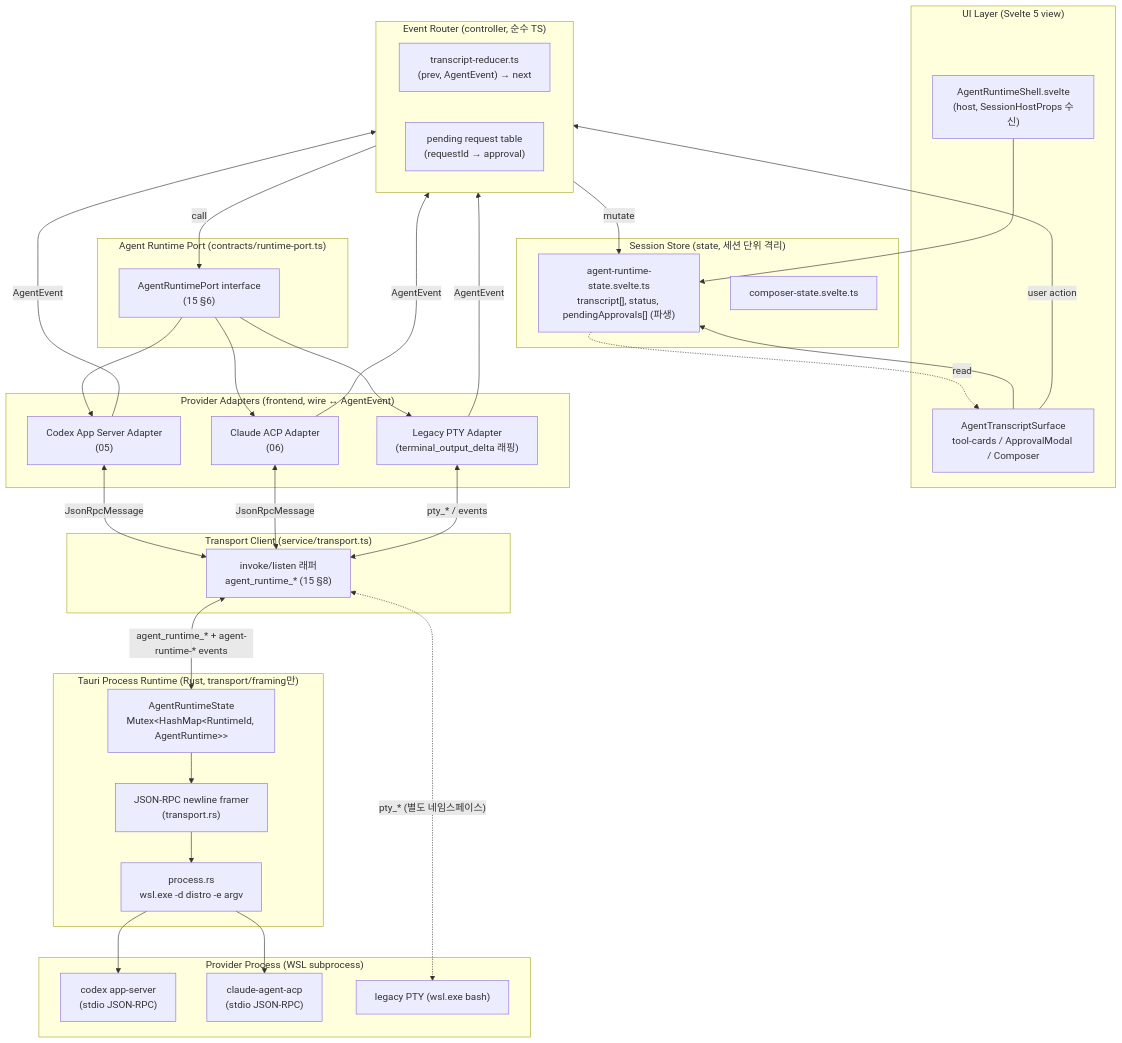
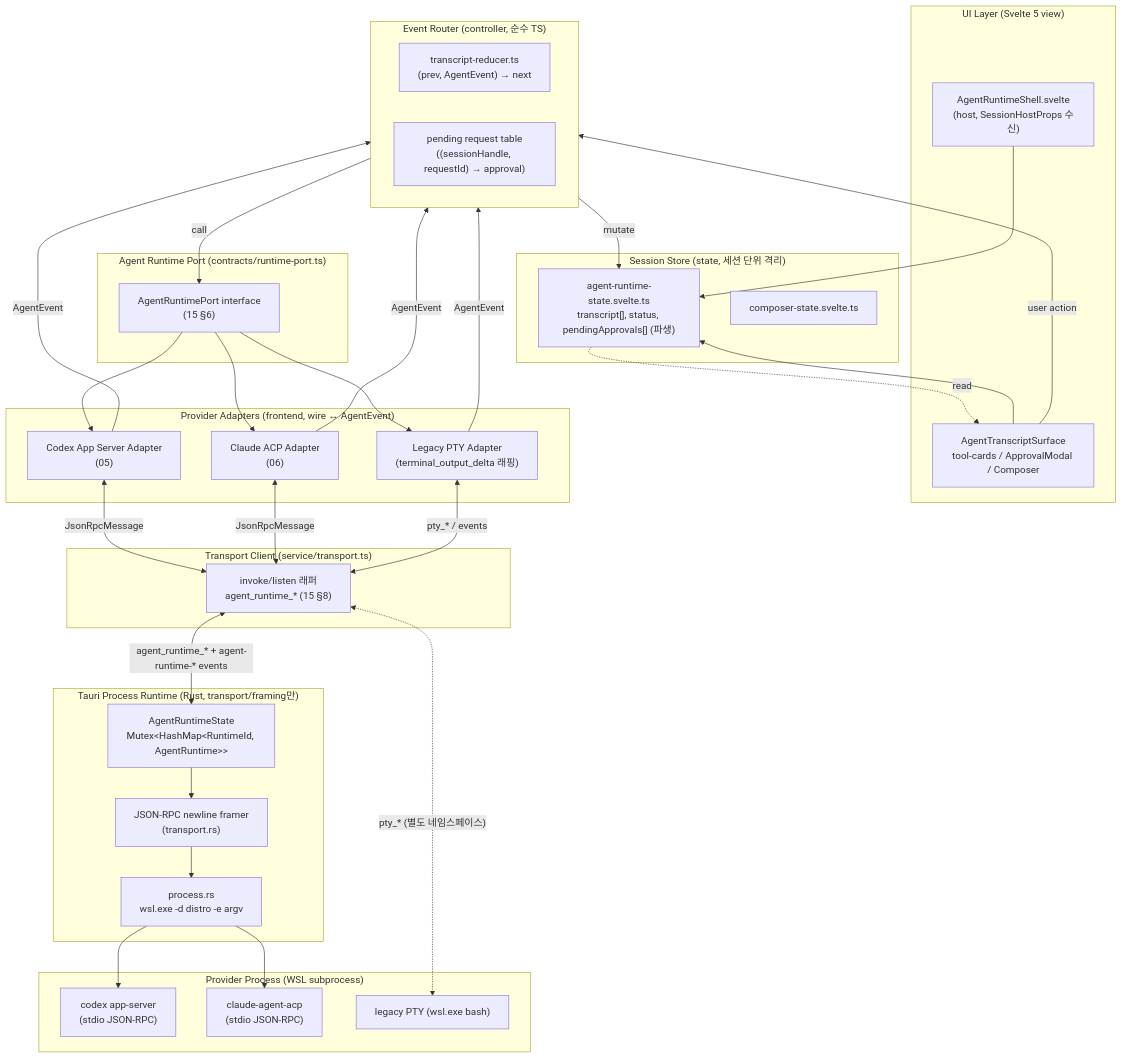
The diagram in docs/plans/agent-direct-runtime/03-target-architecture.md (ummoftgo/clcomx), drawn with Mermaid before and after one commit. The commit also changed other lines of this file and 10 other files, not shown here.

````diff
--- a/docs/plans/agent-direct-runtime/03-target-architecture.md
+++ b/docs/plans/agent-direct-runtime/03-target-architecture.md
@@ -28,65 +28,65 @@
 ```mermaid
 flowchart TB
   subgraph UI["UI Layer (Svelte 5 view)"]
     Shell["AgentRuntimeShell.svelte<br/>(host, SessionHostProps 수신)"]
     Transcript["AgentTranscriptSurface<br/>tool-cards / ApprovalModal / Composer"]
   end
 
   subgraph Store["Session Store (state, 세션 단위 격리)"]
     RtState["agent-runtime-state.svelte.ts<br/>transcript[], status, pendingApprovals[] (파생)"]
     Composer["composer-state.svelte.ts"]
   end
 
   subgraph Router["Event Router (controller, 순수 TS)"]
     Reducer["transcript-reducer.ts<br/>(prev, AgentEvent) → next"]
-    PendingTbl["pending request table<br/>(requestId → approval)"]
+    PendingTbl["pending request table<br/>((sessionHandle, requestId) → approval)"]
   end
 
   subgraph Port["Agent Runtime Port (contracts/runtime-port.ts)"]
     PortIf["AgentRuntimePort interface<br/>(15 §6)"]
   end
 
   subgraph Adapters["Provider Adapters (frontend, wire ↔ AgentEvent)"]
     CodexAd["Codex App Server Adapter<br/>(05)"]
     ClaudeAd["Claude ACP Adapter<br/>(06)"]
     LegacyAd["Legacy PTY Adapter<br/>(terminal_output_delta 래핑)"]
   end
 
   subgraph Transport["Transport Client (service/transport.ts)"]
     TClient["invoke/listen 래퍼<br/>agent_runtime_* (15 §8)"]
   end
 
   subgraph Backend["Tauri Process Runtime (Rust, transport/framing만)"]
     RtMgr["AgentRuntimeState<br/>Mutex&lt;HashMap&lt;RuntimeId, AgentRuntime&gt;&gt;"]
     Framer["JSON-RPC newline framer<br/>(transport.rs)"]
     Proc["process.rs<br/>wsl.exe -d distro -e argv"]
   end
 
   subgraph Provider["Provider Process (WSL subprocess)"]
     CodexP["codex app-server<br/>(stdio JSON-RPC)"]
     ClaudeP["claude-agent-acp<br/>(stdio JSON-RPC)"]
     PtyP["legacy PTY (wsl.exe bash)"]
   end
 
   Shell --> RtState
   Transcript --> RtState
   Transcript -->|user action| Router
   RtState -. read .-> Transcript
   Router -->|mutate| RtState
   Router -->|call| PortIf
   PortIf --> CodexAd
   PortIf --> ClaudeAd
   PortIf --> LegacyAd
   CodexAd -->|AgentEvent| Router
   ClaudeAd -->|AgentEvent| Router
   LegacyAd -->|AgentEvent| Router
   CodexAd <-->|JsonRpcMessage| TClient
   ClaudeAd <-->|JsonRpcMessage| TClient
   LegacyAd <-->|pty_* / events| TClient
   TClient <-->|"agent_runtime_* + agent-runtime-* events"| RtMgr
   RtMgr --> Framer
   Framer --> Proc
   Proc --> CodexP
   Proc --> ClaudeP
   TClient <-.->|"pty_* (별도 네임스페이스)"| PtyP
 ```
````
